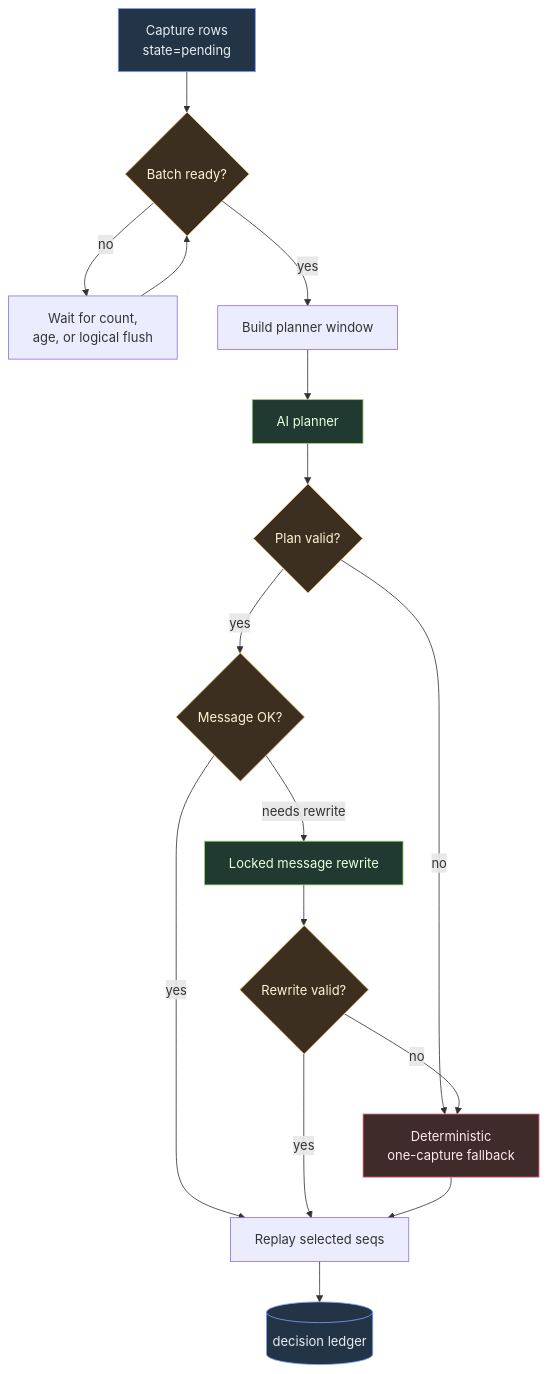
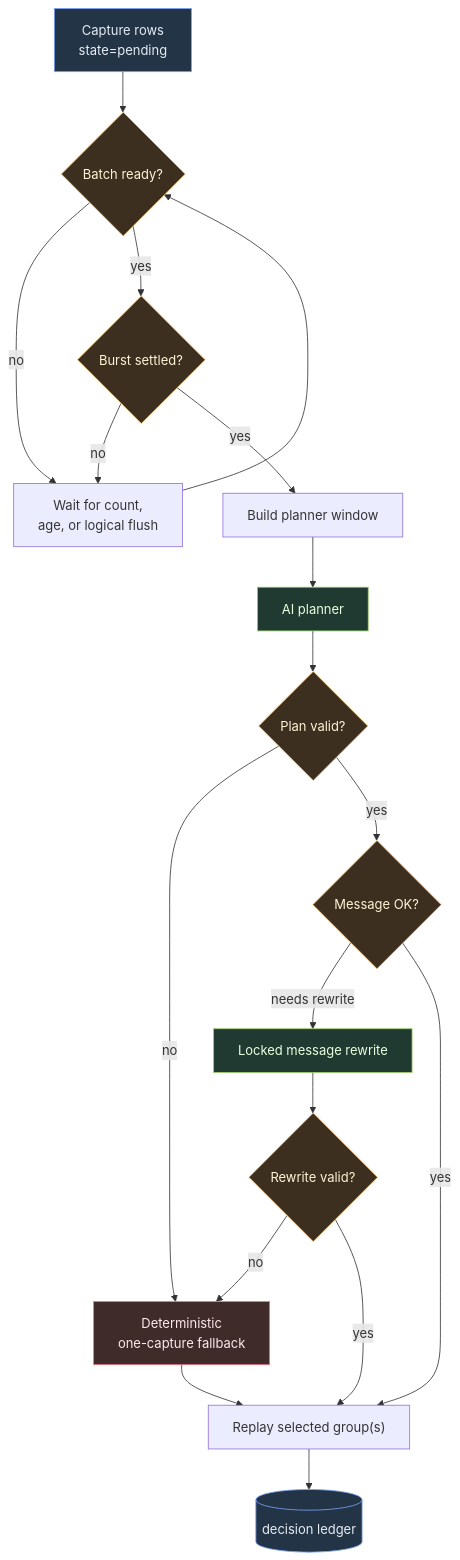
One commit to KristjanPikhof/Auto-Commit-Daemon changed the diagram in docs/intent-commit-flow.md. Above: the diagram before and after it, drawn with Mermaid. The commit also changed other lines of this file and 6 other files, not shown here.

```diff
--- a/docs/intent-commit-flow.md
+++ b/docs/intent-commit-flow.md
@@ -50,27 +52,29 @@
 ~~~mermaid
 flowchart TB
   A["Capture rows<br/>state=pending"] --> B{"Batch ready?"}
   B -->|no| C["Wait for count,<br/>age, or logical flush"]
   C --> B
-  B -->|yes| D["Build planner window"]
-  D --> E["AI planner"]
-  E --> F{"Plan valid?"}
-  F -->|no| G["Deterministic<br/>one-capture fallback"]
-  F -->|yes| H{"Message OK?"}
-  H -->|needs rewrite| I["Locked message rewrite"]
-  I --> J{"Rewrite valid?"}
-  J -->|no| G
-  H -->|yes| K["Replay selected seqs"]
-  J -->|yes| K
-  G --> K
-  K --> L[("decision ledger")]
+  B -->|yes| D{"Burst settled?"}
+  D -->|no| C
+  D -->|yes| E["Build planner window"]
+  E --> F["AI planner"]
+  F --> G{"Plan valid?"}
+  G -->|no| H["Deterministic<br/>one-capture fallback"]
+  G -->|yes| I{"Message OK?"}
+  I -->|needs rewrite| J["Locked message rewrite"]
+  J --> K{"Rewrite valid?"}
+  K -->|no| H
+  I -->|yes| L["Replay selected group(s)"]
+  K -->|yes| L
+  H --> L
+  L --> M[("decision ledger")]
 
   classDef queue fill:#243447,stroke:#7aa2f7,color:#e6edf3
   classDef decision fill:#3d2f1f,stroke:#f6c177,color:#fff4d6
   classDef provider fill:#203a31,stroke:#9ece6a,color:#eaffdf
   classDef fallback fill:#402b2b,stroke:#f7768e,color:#ffe8ee
-  class A,L queue
-  class B,F,H,J decision
-  class E,I provider
-  class G fallback
+  class A,M queue
+  class B,D,G,I,K decision
+  class F,J provider
+  class H fallback
 ~~~
```
